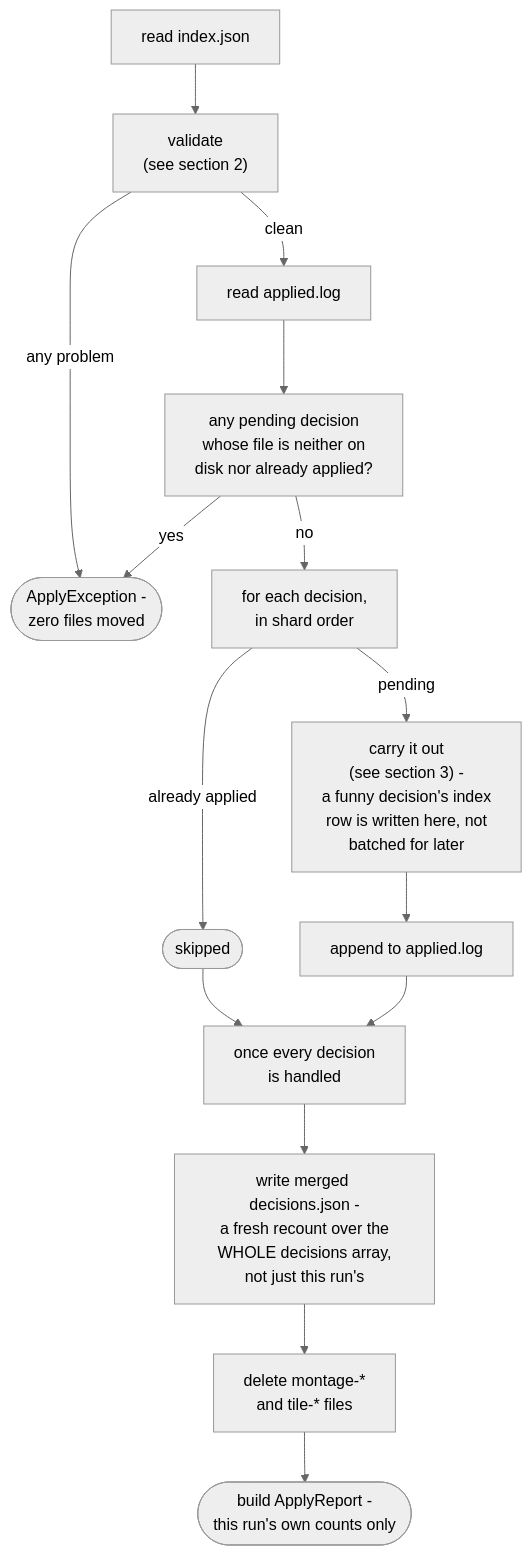
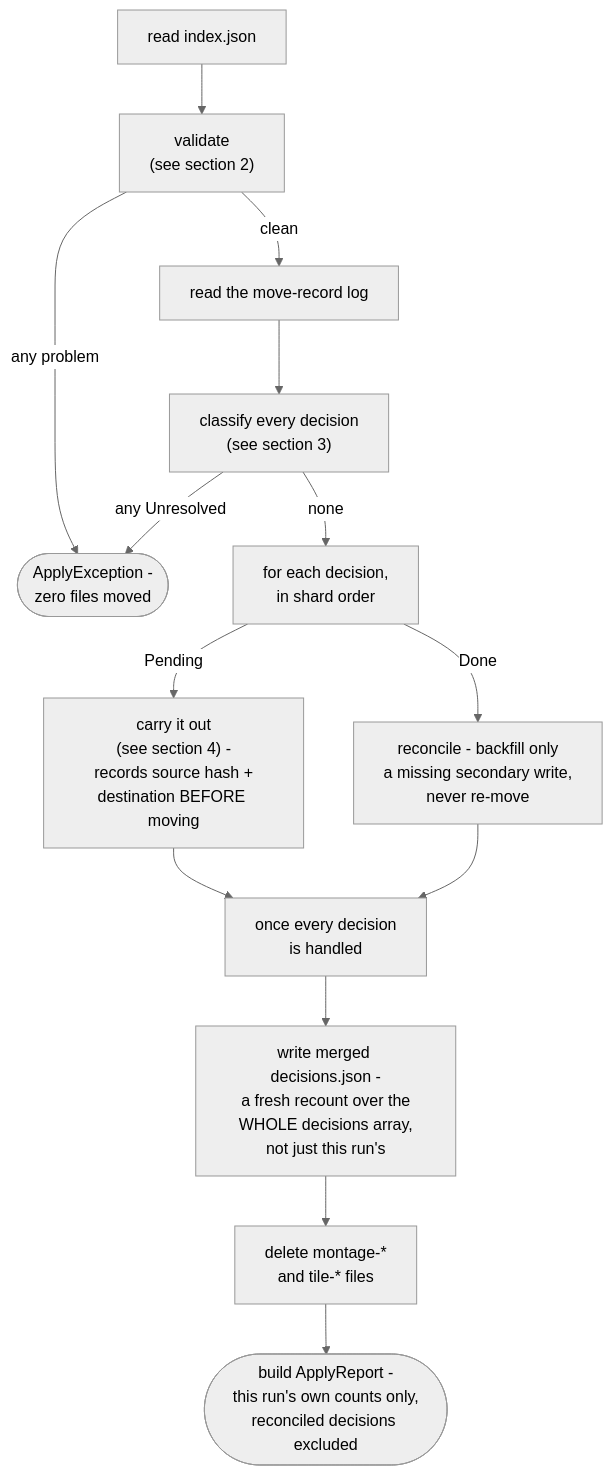
The first of 4 diagrams in app/docs/design/application/service/apply-engine.md (AdrianNachev91/sluice), drawn with Mermaid (neutral theme) before and after one commit. The commit also changed other lines of this file and 6 other files, not shown here.

````diff
--- a/app/docs/design/application/service/apply-engine.md
+++ b/app/docs/design/application/service/apply-engine.md
@@ -10,17 +10,16 @@
 ```mermaid
 flowchart TD
     A["read index.json"] --> B["validate<br/>(see section 2)"]
     B -- any problem --> Z(["ApplyException -<br/>zero files moved"])
-    B -- clean --> C["read applied.log"]
-    C --> D["any pending decision<br/>whose file is neither on<br/>disk nor already applied?"]
-    D -- yes --> Z
-    D -- no --> E["for each decision,<br/>in shard order"]
-    E -- already applied --> F(["skipped"])
-    E -- pending --> G["carry it out<br/>(see section 3) -<br/>a funny decision's index<br/>row is written here, not<br/>batched for later"]
-    G --> H["append to applied.log"]
-    F --> I["once every decision<br/>is handled"]
+    B -- clean --> C["read the move-record log"]
+    C --> D["classify every decision<br/>(see section 3)"]
+    D -- any Unresolved --> Z
+    D -- none --> E["for each decision,<br/>in shard order"]
+    E -- Pending --> G["carry it out<br/>(see section 4) -<br/>records source hash +<br/>destination BEFORE moving"]
+    E -- Done --> H["reconcile - backfill only<br/>a missing secondary write,<br/>never re-move"]
+    G --> I["once every decision<br/>is handled"]
     H --> I
     I --> J["write merged decisions.json -<br/>a fresh recount over the<br/>WHOLE decisions array,<br/>not just this run's"]
     J --> K["delete montage-*<br/>and tile-* files"]
-    K --> L(["build ApplyReport -<br/>this run's own counts only"])
+    K --> L(["build ApplyReport -<br/>this run's own counts only,<br/>reconciled decisions excluded"])
 ```
````
